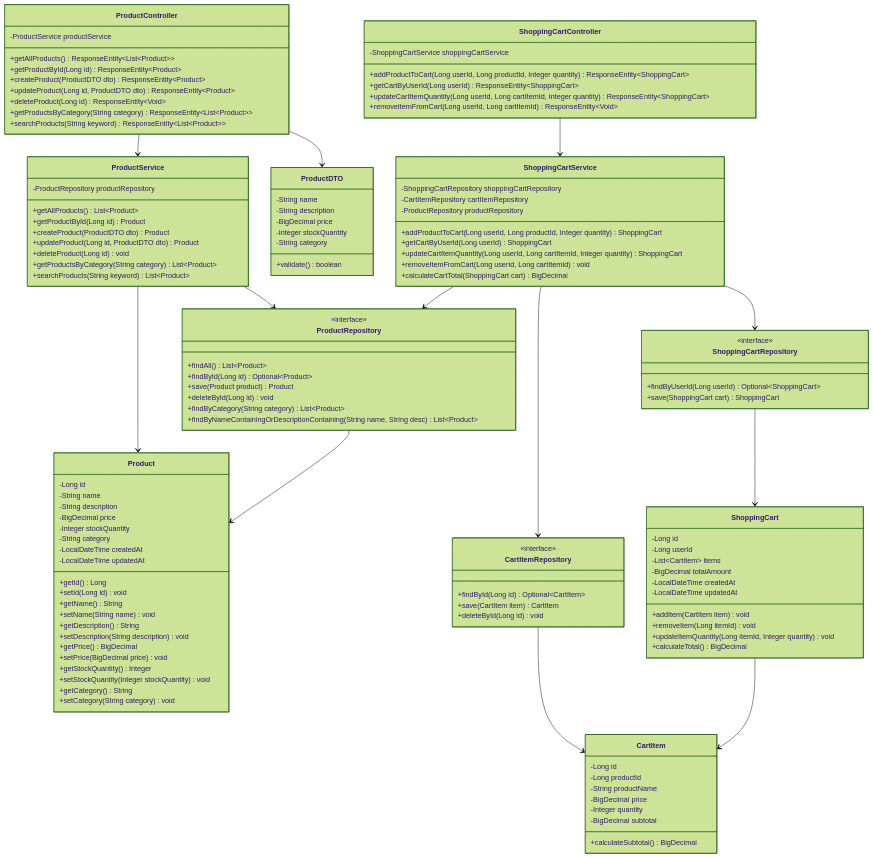
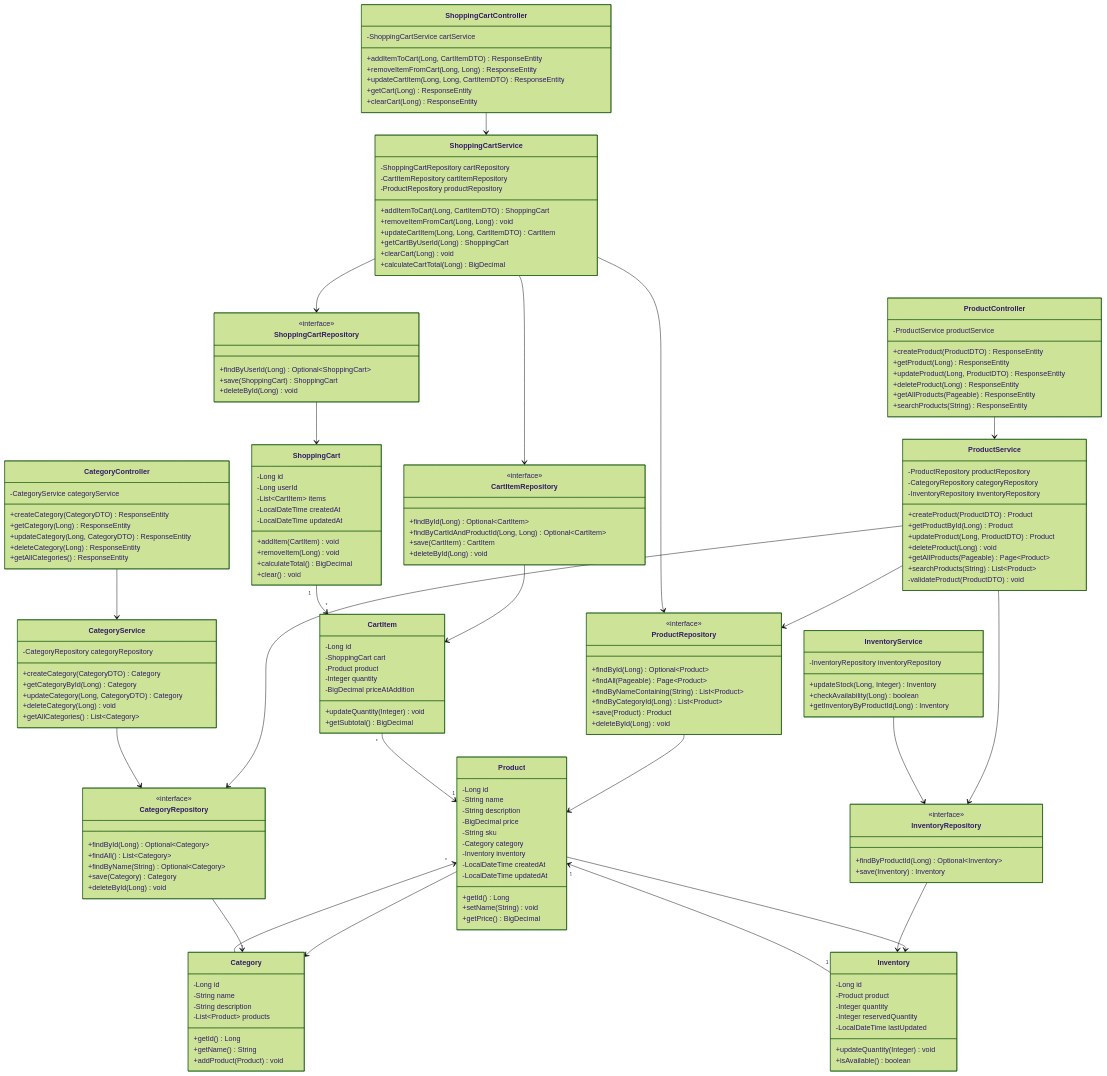
The first of 13 diagrams in docs/LLD/modified_lld.md (NavneetBN47/aava-ecom-demo), drawn with Mermaid (forest theme) before and after one commit. The commit also changed other lines of this file, not shown here.

````diff
--- a/docs/LLD/modified_lld.md
+++ b/docs/LLD/modified_lld.md
@@ -31,34 +35,35 @@
 classDiagram
     class ProductController {
         -ProductService productService
-        +getAllProducts() ResponseEntity~List~Product~~
-        +getProductById(Long id) ResponseEntity~Product~
-        +createProduct(ProductDTO dto) ResponseEntity~Product~
-        +updateProduct(Long id, ProductDTO dto) ResponseEntity~Product~
-        +deleteProduct(Long id) ResponseEntity~Void~
-        +getProductsByCategory(String category) ResponseEntity~List~Product~~
-        +searchProducts(String keyword) ResponseEntity~List~Product~~
+        +createProduct(ProductDTO) ResponseEntity
+        +getProduct(Long) ResponseEntity
+        +updateProduct(Long, ProductDTO) ResponseEntity
+        +deleteProduct(Long) ResponseEntity
+        +getAllProducts(Pageable) ResponseEntity
+        +searchProducts(String) ResponseEntity
     }
 
     class ProductService {
         -ProductRepository productRepository
-        +getAllProducts() List~Product~
-        +getProductById(Long id) Product
-        +createProduct(ProductDTO dto) Product
-        +updateProduct(Long id, ProductDTO dto) Product
-        +deleteProduct(Long id) void
-        +getProductsByCategory(String category) List~Product~
-        +searchProducts(String keyword) List~Product~
+        -CategoryRepository categoryRepository
+        -InventoryRepository inventoryRepository
+        +createProduct(ProductDTO) Product
+        +getProductById(Long) Product
+        +updateProduct(Long, ProductDTO) Product
+        +deleteProduct(Long) void
+        +getAllProducts(Pageable) Page~Product~
+        +searchProducts(String) List~Product~
+        -validateProduct(ProductDTO) void
     }
 
     class ProductRepository {
         <<interface>>
-        +findAll() List~Product~
-        +findById(Long id) Optional~Product~
-        +save(Product product) Product
-        +deleteById(Long id) void
-        +findByCategory(String category) List~Product~
-        +findByNameContainingOrDescriptionContaining(String name, String desc) List~Product~
+        +findById(Long) Optional~Product~
+        +findAll(Pageable) Page~Product~
+        +findByNameContaining(String) List~Product~
+        +findByCategoryId(Long) List~Product~
+        +save(Product) Product
+        +deleteById(Long) void
     }
 
     class Product {
@@ -66,98 +71,157 @@
         -String name
         -String description
         -BigDecimal price
-        -Integer stockQuantity
-        -String category
+        -String sku
+        -Category category
+        -Inventory inventory
         -LocalDateTime createdAt
         -LocalDateTime updatedAt
         +getId() Long
-        +setId(Long id) void
-        +getName() String
-        +setName(String name) void
-        +getDescription() String
-        +setDescription(String description) void
+        +setName(String) void
         +getPrice() BigDecimal
-        +setPrice(BigDecimal price) void
-        +getStockQuantity() Integer
-        +setStockQuantity(Integer stockQuantity) void
-        +getCategory() String
-        +setCategory(String category) void
     }
 
-    class ProductDTO {
+    class CategoryController {
+        -CategoryService categoryService
+        +createCategory(CategoryDTO) ResponseEntity
+        +getCategory(Long) ResponseEntity
+        +updateCategory(Long, CategoryDTO) ResponseEntity
+        +deleteCategory(Long) ResponseEntity
+        +getAllCategories() ResponseEntity
+    }
+
+    class CategoryService {
+        -CategoryRepository categoryRepository
+        +createCategory(CategoryDTO) Category
+        +getCategoryById(Long) Category
+        +updateCategory(Long, CategoryDTO) Category
+        +deleteCategory(Long) void
+        +getAllCategories() List~Category~
+    }
+
+    class CategoryRepository {
+        <<interface>>
+        +findById(Long) Optional~Category~
+        +findAll() List~Category~
+        +findByName(String) Optional~Category~
+        +save(Category) Category
+        +deleteById(Long) void
+    }
+
+    class Category {
+        -Long id
         -String name
         -String description
-        -BigDecimal price
-        -Integer stockQuantity
-        -String category
-        +validate() boolean
+        -List~Product~ products
+        +getId() Long
+        +getName() String
+        +addProduct(Product) void
+    }
+
+    class InventoryService {
+        -InventoryRepository inventoryRepository
+        +updateStock(Long, Integer) Inventory
+        +checkAvailability(Long) boolean
+        +getInventoryByProductId(Long) Inventory
+    }
+
+    class InventoryRepository {
+        <<interface>>
+        +findByProductId(Long) Optional~Inventory~
+        +save(Inventory) Inventory
+    }
+
+    class Inventory {
+        -Long id
+        -Product product
+        -Integer quantity
+        -Integer reservedQuantity
+        -LocalDateTime lastUpdated
+        +updateQuantity(Integer) void
+        +isAvailable() boolean
     }
 
     class ShoppingCartController {
-        -ShoppingCartService shoppingCartService
-        +addProductToCart(Long userId, Long productId, Integer quantity) ResponseEntity~ShoppingCart~
-        +getCartByUserId(Long userId) ResponseEntity~ShoppingCart~
-        +updateCartItemQuantity(Long userId, Long cartItemId, Integer quantity) ResponseEntity~ShoppingCart~
-        +removeItemFromCart(Long userId, Long cartItemId) ResponseEntity~Void~
+        -ShoppingCartService cartService
+        +addItemToCart(Long, CartItemDTO) ResponseEntity
+        +removeItemFromCart(Long, Long) ResponseEntity
+        +updateCartItem(Long, Long, CartItemDTO) ResponseEntity
+        +getCart(Long) ResponseEntity
+        +clearCart(Long) ResponseEntity
     }
 
     class ShoppingCartService {
-        -ShoppingCartRepository shoppingCartRepository
+        -ShoppingCartRepository cartRepository
         -CartItemRepository cartItemRepository
         -ProductRepository productRepository
-        +addProductToCart(Long userId, Long productId, Integer quantity) ShoppingCart
-        +getCartByUserId(Long userId) ShoppingCart
-        +updateCartItemQuantity(Long userId, Long cartItemId, Integer quantity) ShoppingCart
-        +removeItemFromCart(Long userId, Long cartItemId) void
-        +calculateCartTotal(ShoppingCart cart) BigDecimal
+        +addItemToCart(Long, CartItemDTO) ShoppingCart
+        +removeItemFromCart(Long, Long) void
+        +updateCartItem(Long, Long, CartItemDTO) CartItem
+        +getCartByUserId(Long) ShoppingCart
+        +clearCart(Long) void
+        +calculateCartTotal(Long) BigDecimal
     }
 
     class ShoppingCartRepository {
         <<interface>>
-        +findByUserId(Long userId) Optional~ShoppingCart~
-        +save(ShoppingCart cart) ShoppingCart
+        +findByUserId(Long) Optional~ShoppingCart~
+        +save(ShoppingCart) ShoppingCart
+        +deleteById(Long) void
     }
 
     class CartItemRepository {
         <<interface>>
-        +findById(Long id) Optional~CartItem~
-        +save(CartItem item) CartItem
-        +deleteById(Long id) void
+        +findById(Long) Optional~CartItem~
+        +findByCartIdAndProductId(Long, Long) Optional~CartItem~
+        +save(CartItem) CartItem
+        +deleteById(Long) void
     }
 
     class ShoppingCart {
         -Long id
         -Long userId
         -List~CartItem~ items
-        -BigDecimal totalAmount
         -LocalDateTime createdAt
         -LocalDateTime updatedAt
-        +addItem(CartItem item) void
-        +removeItem(Long itemId) void
-        +updateItemQuantity(Long itemId, Integer quantity) void
+        +addItem(CartItem) void
+        +removeItem(Long) void
         +calculateTotal() BigDecimal
+        +clear() void
     }
 
     class CartItem {
         -Long id
-        -Long productId
-        -String productName
-        -BigDecimal price
+        -ShoppingCart cart
+        -Product product
         -Integer quantity
-        -BigDecimal subtotal
-        +calculateSubtotal() BigDecimal
+        -BigDecimal priceAtAddition
+        +updateQuantity(Integer) void
+        +getSubtotal() BigDecimal
     }
 
     ProductController --> ProductService
     ProductService --> ProductRepository
-    ProductService --> Product
-    ProductController --> ProductDTO
+    ProductService --> CategoryRepository
+    ProductService --> InventoryRepository
     ProductRepository --> Product
+    Product --> Category
+    Product --> Inventory
+    
+    CategoryController --> CategoryService
+    CategoryService --> CategoryRepository
+    CategoryRepository --> Category
+    Category "1" --> "*" Product
+    
+    InventoryService --> InventoryRepository
+    InventoryRepository --> Inventory
+    Inventory "1" --> "1" Product
+    
     ShoppingCartController --> ShoppingCartService
     ShoppingCartService --> ShoppingCartRepository
     ShoppingCartService --> CartItemRepository
     ShoppingCartService --> ProductRepository
     ShoppingCartRepository --> ShoppingCart
     CartItemRepository --> CartItem
-    ShoppingCart --> CartItem
+    ShoppingCart "1" --> "*" CartItem
+    CartItem "*" --> "1" Product
 ```
````
